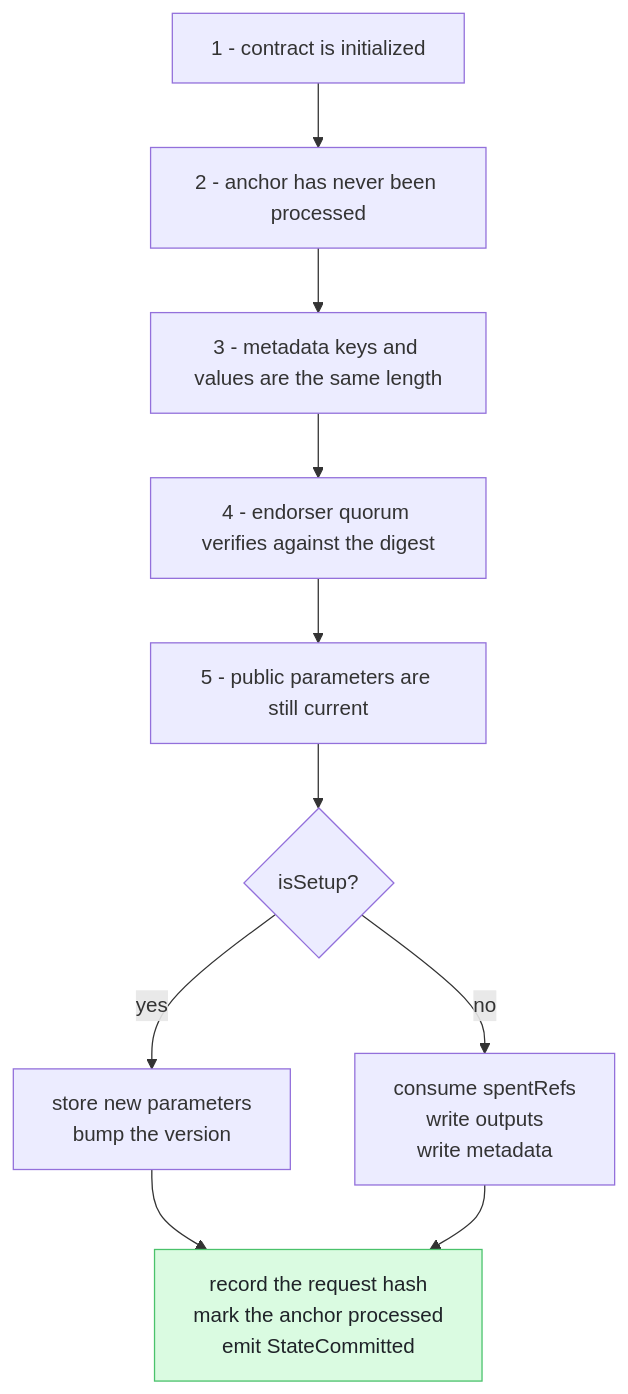
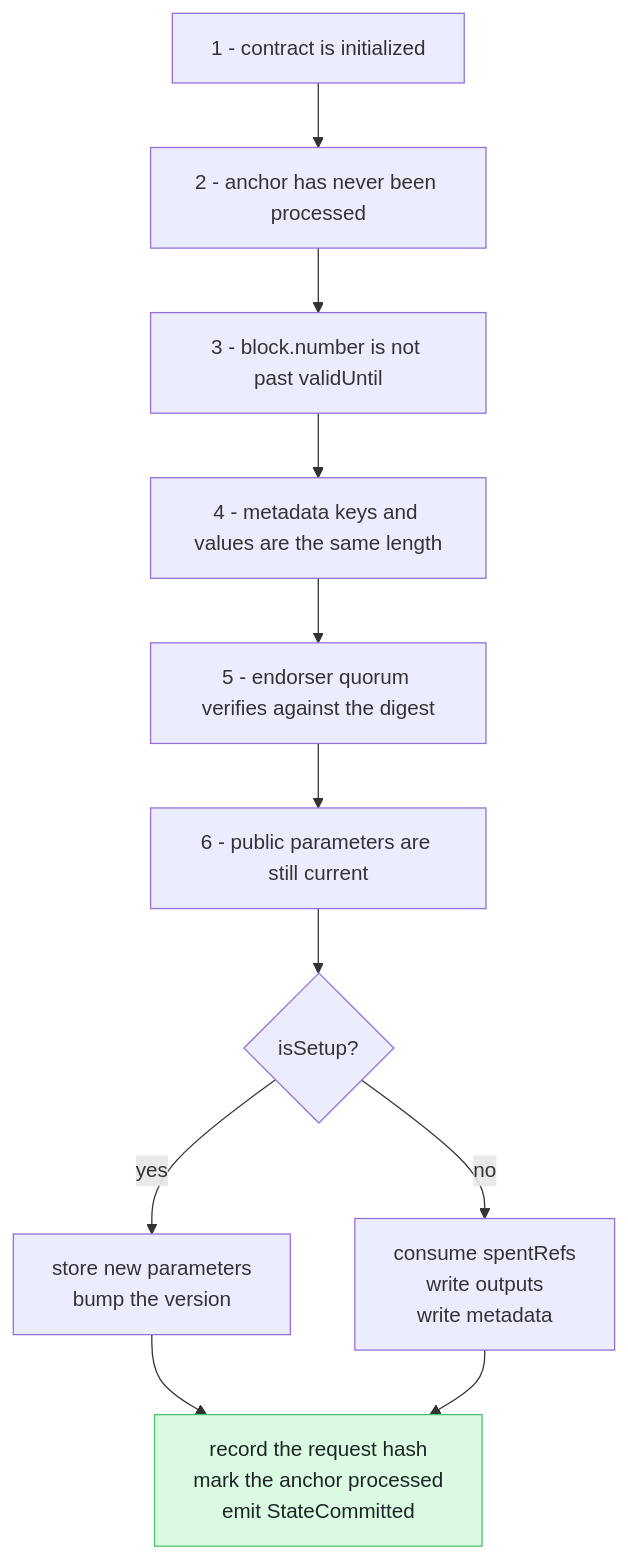
Diagram 11 of 11 in docs/services/network-ethereum.md (LFDT-Panurus/panurus), drawn with Mermaid before and after one commit. The commit also changed other lines of this file and 46 other files, not shown here.

````diff
--- a/docs/services/network-ethereum.md
+++ b/docs/services/network-ethereum.md
@@ -583,14 +604,15 @@
 ```mermaid
 flowchart TB
     G1["1 - contract is initialized"] --> G2["2 - anchor has never been processed"]
-    G2 --> G3["3 - metadata keys and values are the same length"]
-    G3 --> G4["4 - endorser quorum verifies against the digest"]
-    G4 --> G5["5 - public parameters are still current"]
+    G2 --> G2b["3 - block.number is not past validUntil"]
+    G2b --> G3["4 - metadata keys and values are the same length"]
+    G3 --> G4["5 - endorser quorum verifies against the digest"]
+    G4 --> G5["6 - public parameters are still current"]
     G5 --> G6{"isSetup?"}
     G6 -->|"yes"| S["store new parameters<br/>bump the version"]
     G6 -->|"no"| T["consume spentRefs<br/>write outputs<br/>write metadata"]
     S --> Z["record the request hash<br/>mark the anchor processed<br/>emit StateCommitted"]
     T --> Z
 
     style Z fill:#dafbe1,stroke:#4ac26b,color:#1f2328
 ```
````
